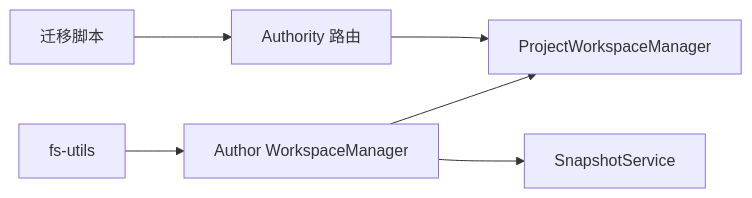
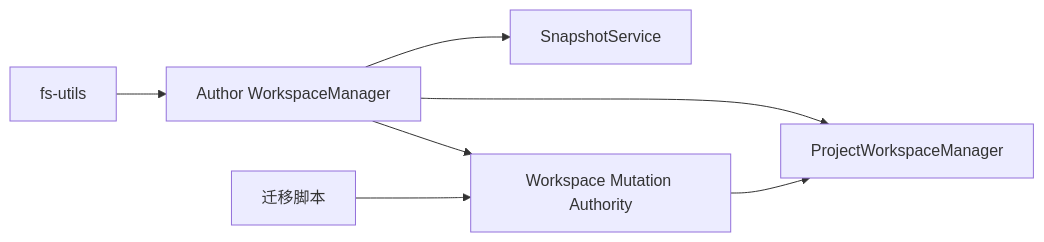
One commit to qihaogithub/workbench changed the ninth of 9 diagrams in .qoder/repowiki/zh/content/前端应用/创作端应用 (Author Site)/工作区管理.md. Above: the diagram before and after it, drawn with Mermaid. The commit also changed other lines of this file and 448 other files, not shown here.

````diff
--- a/.qoder/repowiki/zh/content/前端应用/创作端应用 (Author Site)/工作区管理.md
+++ b/.qoder/repowiki/zh/content/前端应用/创作端应用 (Author Site)/工作区管理.md
@@ -322,8 +400,9 @@
 ```mermaid
 graph LR
 FSU["fs-utils"] --> A_WS["Author WorkspaceManager"]
 A_WS --> PWS["ProjectWorkspaceManager"]
 A_WS --> SNAP["SnapshotService"]
-AUTH["Authority 路由"] --> PWS
-MIG["迁移脚本"] --> AUTH
+A_WS --> AUTH["Workspace Mutation Authority"]
+AUTHMIG["迁移脚本"] --> AUTH
+AUTH --> PWS
 ```
````
